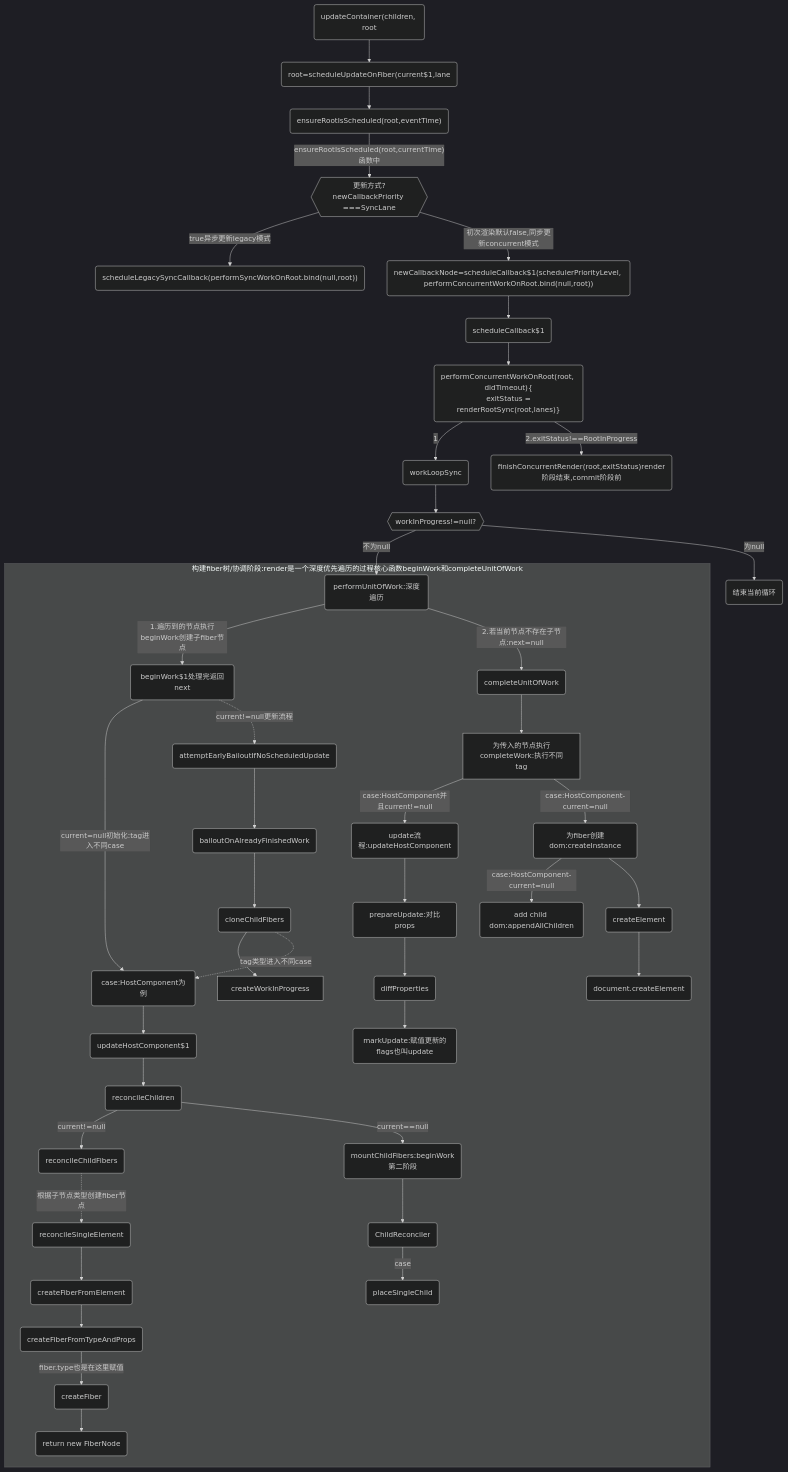
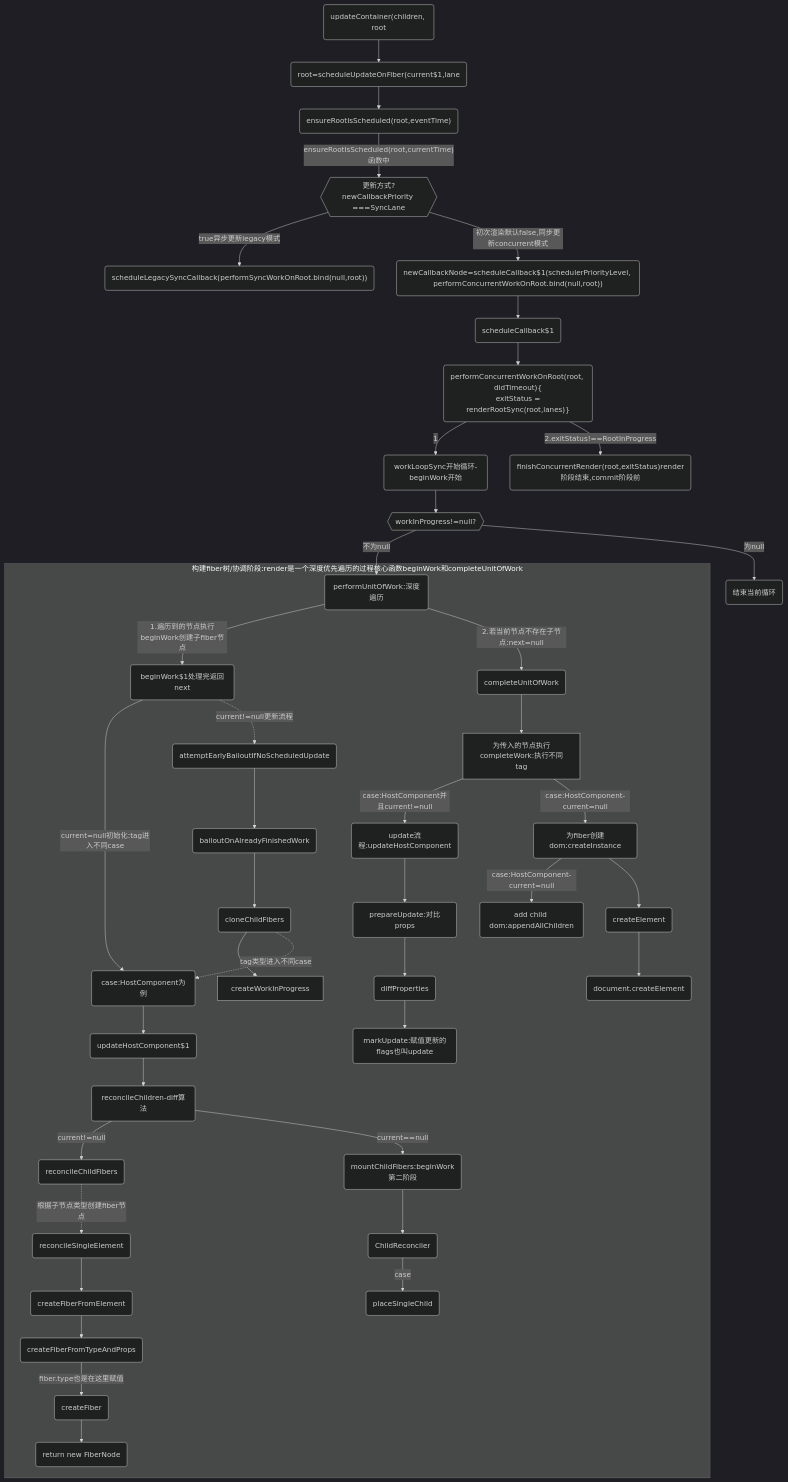
Before and after one commit to huiruo/programming-tech-website: the second of 3 diagrams in programming-tech/React/01-jsx-ast-render阶段.md, drawn with Mermaid (dark theme). The commit also changed other lines of this file and 13 other files, not shown here.

````diff
--- a/programming-tech/React/01-jsx-ast-render阶段.md
+++ b/programming-tech/React/01-jsx-ast-render阶段.md
@@ -340,52 +21,52 @@
 ```mermaid
 flowchart TD
 A1("updateContainer(children, root")-->A2("root=scheduleUpdateOnFiber(current$1,lane")--> A3("ensureRootIsScheduled(root,eventTime)")
 
 A3--"ensureRootIsScheduled(root,currentTime)函数中"-->ifB{{"更新方式?newCallbackPriority ===SyncLane"}}
 
 D1("scheduleLegacySyncCallback(performSyncWorkOnRoot.bind(null,root))")
 D2("newCallbackNode=scheduleCallback$1(schedulerPriorityLevel, performConcurrentWorkOnRoot.bind(null,root))")
 
 ifB--true异步更新legacy模式-->D1
 ifB--初次渲染默认false,同步更新concurrent模式-->D2
 
 D2-->D3("scheduleCallback$1")-->D4("performConcurrentWorkOnRoot(root, didTimeout){<br> exitStatus = renderRootSync(root,lanes)}")
 
 D4--1-->D5("renderRootSync(root,lanes)")
 
 D4--"2.exitStatus!==RootInProgress"-->C1("finishConcurrentRender(root,exitStatus)render阶段结束,commit阶段前")
 
-D5(workLoopSync)-->A0Aif
+D5(workLoopSync开始循环-beginWork开始)-->A0Aif
 A0Aif{{workInProgress!=null?}}--不为null-->E1
 A0Aif--为null-->endW(结束当前循环)
 
 subgraph render1[构建fiber树/协调阶段:render是一个深度优先遍历的过程核心函数beginWork和completeUnitOfWork]
 
   E1(performUnitOfWork:深度遍历)
 
   E1--1.遍历到的节点执行beginWork创建子fiber节点-->E2(beginWork$1处理完返回next)
 
   E1--2.若当前节点不存在子节点:next=null-->E6B(completeUnitOfWork)
   
-  E2--current=null初始化:tag进入不同case-->E6A(case:HostComponent为例)-->E6A1(updateHostComponent$1)-->E6A2(reconcileChildren)--current!=null-->E6A3(reconcileChildFibers)
+  E2--current=null初始化:tag进入不同case-->E6A(case:HostComponent为例)-->E6A1(updateHostComponent$1)-->E6A2(reconcileChildren-diff算法)--current!=null-->E6A3(reconcileChildFibers)
 
 	%% subgraph beginWork2[beginWork第二阶段]
 	E6A2--current==null-->z1("mountChildFibers:beginWork第二阶段")-->z2(ChildReconciler)--case-->z3(placeSingleChild)
 	%% end
 
   E2-.current!=null更新流程.->E51(attemptEarlyBailoutIfNoScheduledUpdate)-->E52(bailoutOnAlreadyFinishedWork)-->E53(cloneChildFibers)
 
   E6B-->E6B1[为传入的节点执行completeWork:执行不同tag]--case:HostComponent并且current!=null-->E6B2(update流程:updateHostComponent)-->E6A1A(prepareUpdate:对比props)-->E6A1B(diffProperties)-->E6A1C(markUpdate:赋值更新的flags也叫update)
 
   E6B1--case:HostComponent-current=null-->E6B3(为fiber创建dom:createInstance)
   E6B3--case:HostComponent-current=null-->E6B4(add child dom:appendAllChildren)
   E6B3-->E6B3A(createElement)-->E6B3B(document.createElement)
 
   E53-->createWorkInProgress
   E53-.tag类型进入不同case.->E6A
 
 	%% subgraph render2[构建FiberNode]
 	E6A3-.根据子节点类型创建fiber节点.->o1(reconcileSingleElement) -->o2(createFiberFromElement) --> o3(createFiberFromTypeAndProps) --fiber.type也是在这里赋值--> o4(createFiber)--> o5(return new FiberNode)
 	%% end
 end
 ```
````
